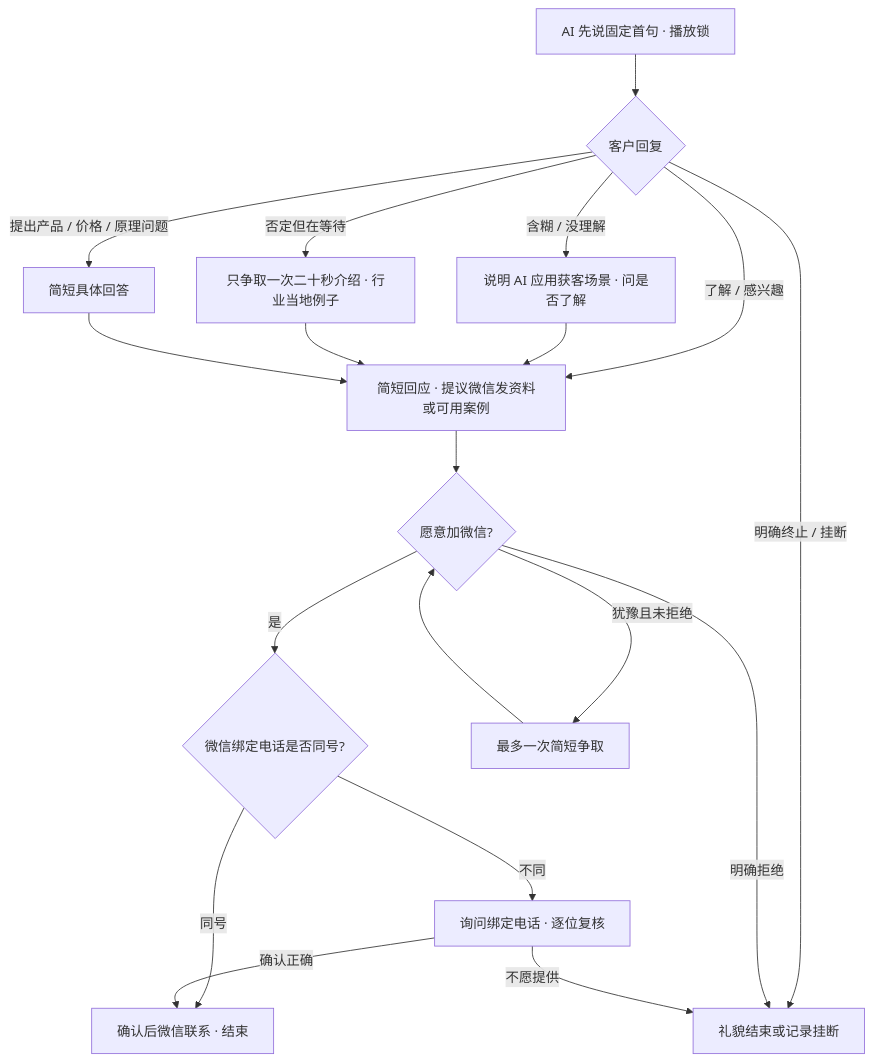
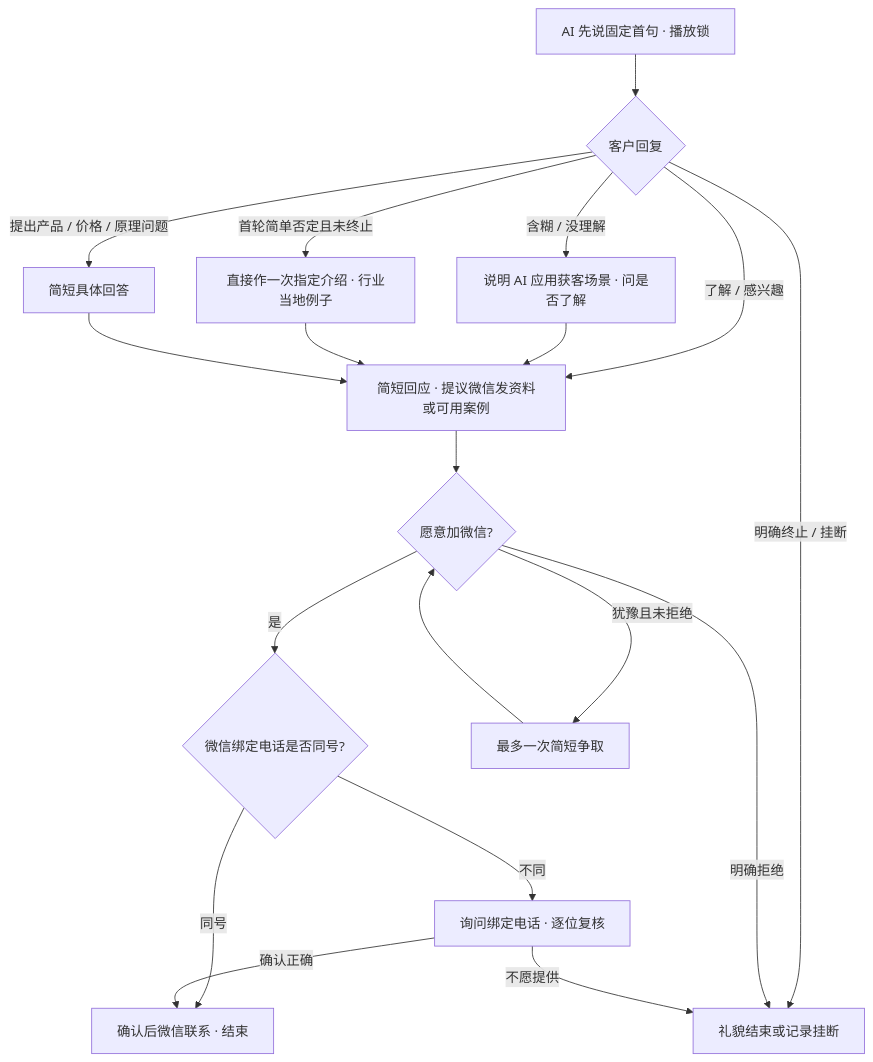
One commit to jcy52200/hongdong-geo-voice-agent changed the third of 3 diagrams in docs/plan.md. Above: the diagram before and after it, drawn with Mermaid. The commit also changed other lines of this file and 18 other files, not shown here.

````diff
--- a/docs/plan.md
+++ b/docs/plan.md
@@ -83,21 +83,21 @@
 ```mermaid
 flowchart TD
     Start[AI 先说固定首句 · 播放锁] --> Reply{客户回复}
     Reply -->|了解 / 感兴趣| Invite[简短回应 · 提议微信发资料或可用案例]
     Reply -->|含糊 / 没理解| Clarify[说明 AI 应用获客场景 · 问是否了解]
-    Reply -->|否定但在等待| Brief[只争取一次二十秒介绍 · 行业当地例子]
+    Reply -->|首轮简单否定且未终止| Brief[直接作一次指定介绍 · 行业当地例子]
     Reply -->|明确终止 / 挂断| End[礼貌结束或记录挂断]
     Clarify --> Invite
     Brief --> Invite
     Invite --> Consent{愿意加微信?}
     Consent -->|是| Same{微信绑定电话是否同号?}
     Consent -->|犹豫且未拒绝| Once[最多一次简短争取]
     Once --> Consent
     Consent -->|明确拒绝| End
     Same -->|同号| EndOK[确认后微信联系 · 结束]
     Same -->|不同| Number[询问绑定电话 · 逐位复核]
     Number -->|确认正确| EndOK
     Number -->|不愿提供| End
     Reply -->|提出产品 / 价格 / 原理问题| Answer[简短具体回答]
     Answer --> Invite
 ```
````
